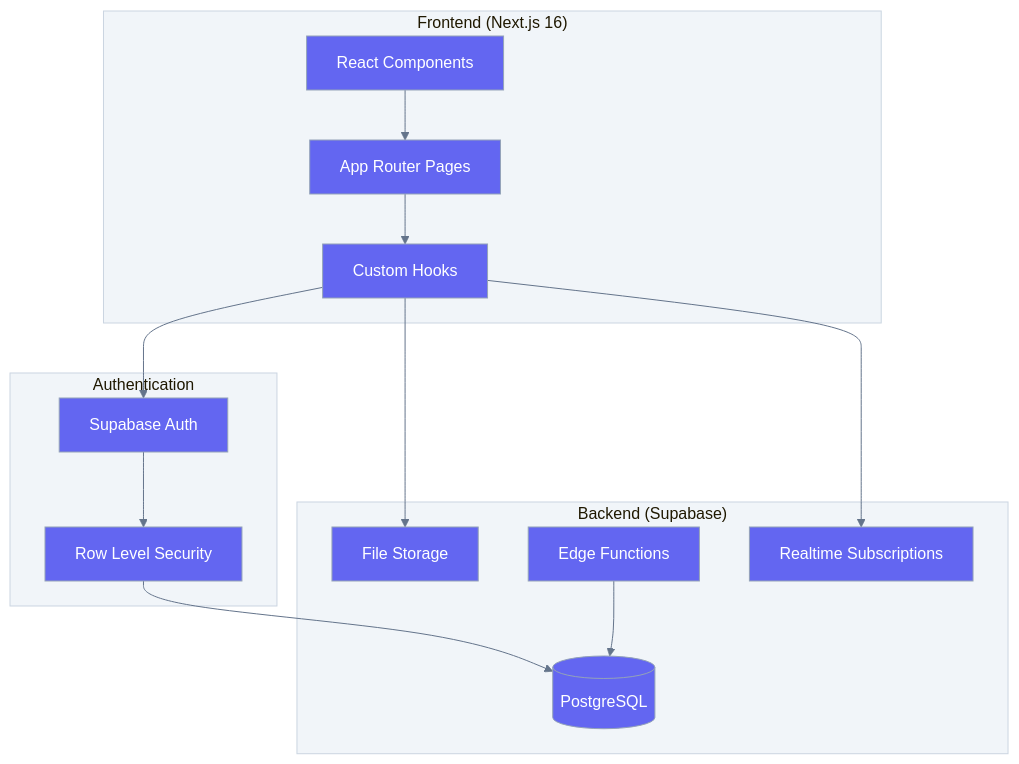
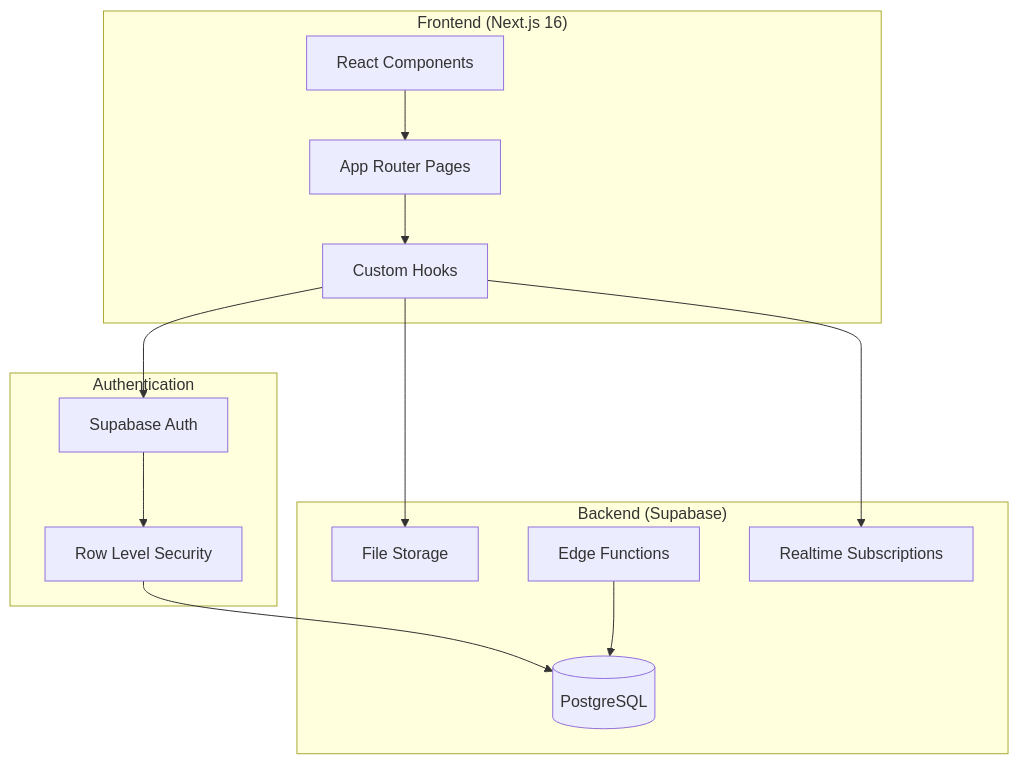
One commit to anisha-agarwal/chore-champions changed the second of 6 diagrams in README.md. Above: the diagram before and after it, drawn with Mermaid. The commit also changed other lines of this file and 2 other files, not shown here.

First line of the commit message:
Use default Mermaid theme for cleaner diagrams

````diff
--- a/README.md
+++ b/README.md
@@ -71,30 +71,30 @@
 ```mermaid
-%%{init: {'theme': 'base', 'themeVariables': {'primaryColor': '#6366f1', 'primaryTextColor': '#fff', 'primaryBorderColor': '#4f46e5', 'lineColor': '#64748b', 'secondaryColor': '#f1f5f9', 'tertiaryColor': '#e0e7ff', 'nodeBkg': '#f8fafc', 'nodeBorder': '#94a3b8', 'clusterBkg': '#f1f5f9', 'clusterBorder': '#cbd5e1', 'edgeLabelBackground': '#ffffff'}}}%%
+%%{init: {'theme': 'default'}}%%
 flowchart TB
     subgraph Client["Frontend (Next.js 16)"]
         UI[React Components]
         Pages[App Router Pages]
         Hooks[Custom Hooks]
     end
 
     subgraph Auth["Authentication"]
         Supabase_Auth[Supabase Auth]
         RLS[Row Level Security]
     end
 
     subgraph Backend["Backend (Supabase)"]
         DB[(PostgreSQL)]
         Storage[File Storage]
         Edge[Edge Functions]
         Realtime[Realtime Subscriptions]
     end
 
     UI --> Pages
     Pages --> Hooks
     Hooks --> Supabase_Auth
     Supabase_Auth --> RLS
     RLS --> DB
     Hooks --> Storage
     Hooks --> Realtime
     Edge --> DB
 ```
````
